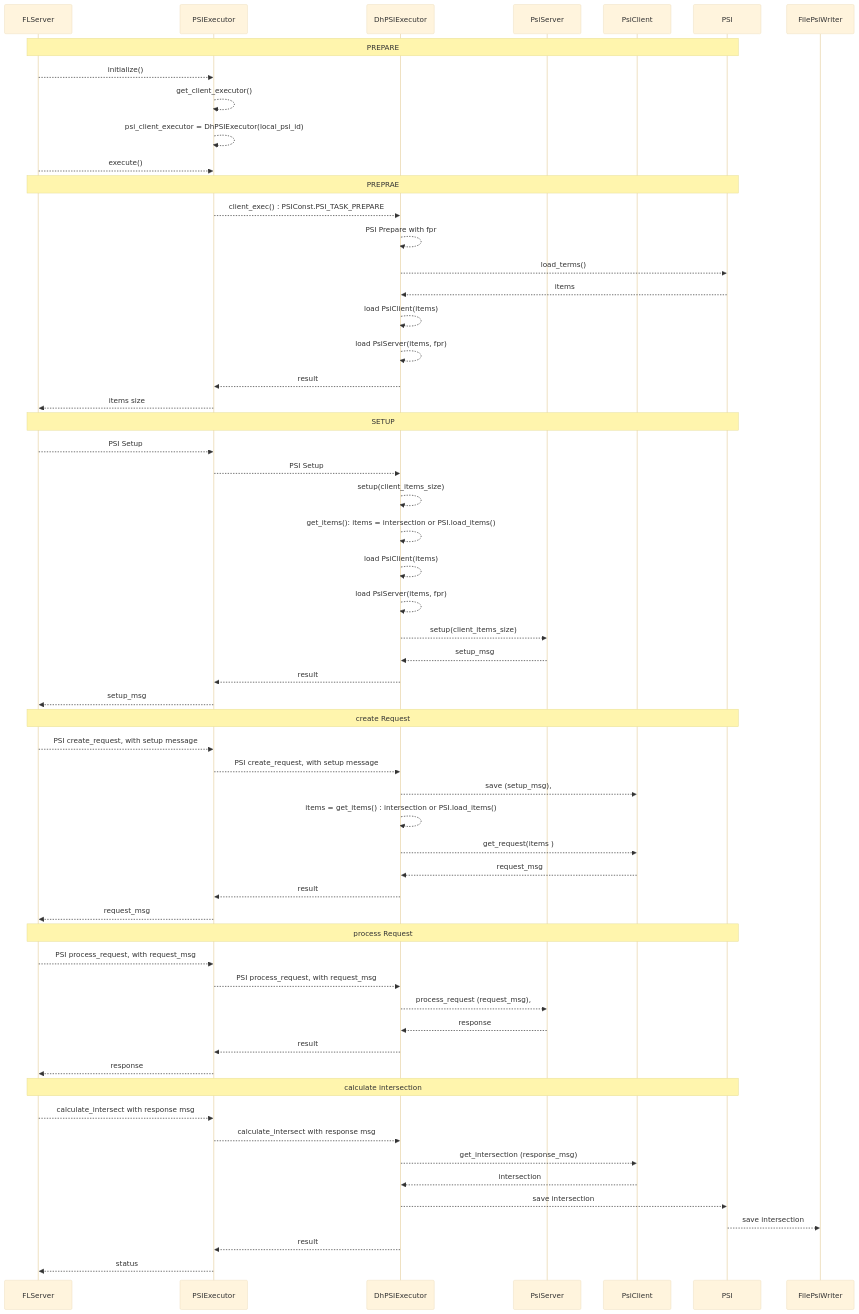
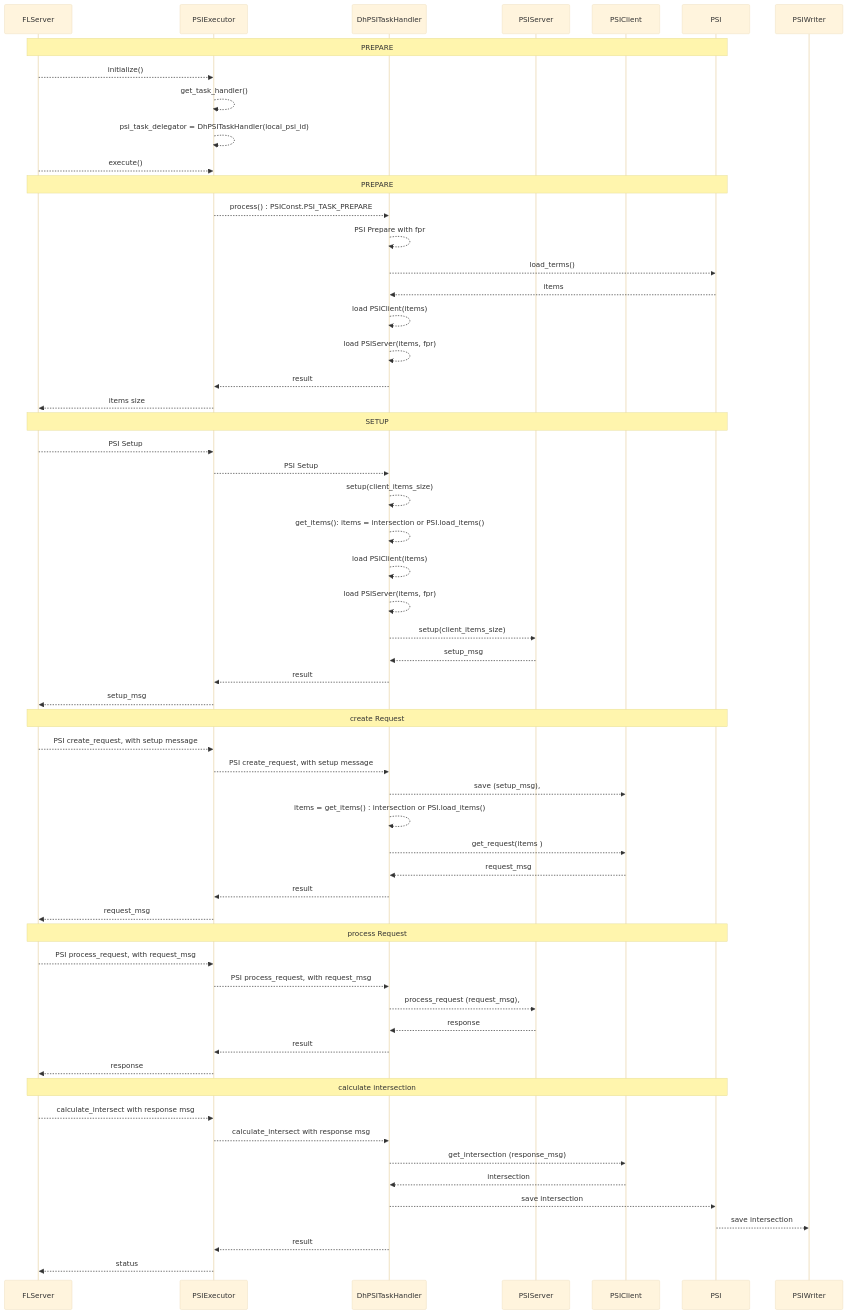
Before and after one commit to NVIDIA/NVFlare: the second of 2 diagrams in nvflare/app_common/psi/README.md, drawn with Mermaid (base theme). The commit also changed other lines of this file and 34 other files, not shown here.

````diff
--- a/nvflare/app_common/psi/README.md
+++ b/nvflare/app_common/psi/README.md
@@ -77,69 +77,69 @@
 ```mermaid
  
 sequenceDiagram
 
     participant FLServer
     participant PSIExecutor
-    participant DhPSIExecutor
-    participant PsiServer
-    participant PsiClient
+    participant DhPSITaskHandler
+    participant PSIServer
+    participant PSIClient
     participant PSI
-    participant FilePsiWriter
+    participant PSIWriter
     
     Note over FLServer, PSI : PREPARE 
-    FLServer -->>PSIExecutor: initialize()
-    PSIExecutor -->> PSIExecutor: get_client_executor()
-    PSIExecutor -->> PSIExecutor: psi_client_executor = DhPSIExecutor(local_psi_id)
+    FLServer -->> PSIExecutor: initialize()
+    PSIExecutor -->> PSIExecutor: get_task_handler()
+    PSIExecutor -->> PSIExecutor: psi_task_delegator = DhPSITaskHandler(local_psi_id)
     FLServer -->> PSIExecutor: execute()
         
-    Note over FLServer, PSI : PREPRAE
-    PSIExecutor -->> DhPSIExecutor: client_exec() : PSIConst.PSI_TASK_PREPARE
-    DhPSIExecutor -->> DhPSIExecutor : PSI Prepare with fpr
-    DhPSIExecutor -->> PSI : load_terms()
-    PSI -->> DhPSIExecutor: items
-    DhPSIExecutor -->> DhPSIExecutor: load PsiClient(items)
-    DhPSIExecutor -->> DhPSIExecutor: load PsiServer(items, fpr)
-    DhPSIExecutor -->> PSIExecutor: result
+    Note over FLServer, PSI : PREPARE
+    PSIExecutor -->> DhPSITaskHandler: process() : PSIConst.PSI_TASK_PREPARE
+    DhPSITaskHandler -->> DhPSITaskHandler : PSI Prepare with fpr
+    DhPSITaskHandler -->> PSI : load_terms()
+    PSI -->> DhPSITaskHandler: items
+    DhPSITaskHandler -->> DhPSITaskHandler: load PSIClient(items)
+    DhPSITaskHandler -->> DhPSITaskHandler: load PSIServer(items, fpr)
+    DhPSITaskHandler -->> PSIExecutor: result
     PSIExecutor -->> FLServer : items size
     
     Note over FLServer, PSI : SETUP
     FLServer -->> PSIExecutor : PSI Setup
-    PSIExecutor -->> DhPSIExecutor:   PSI Setup
-    DhPSIExecutor -->> DhPSIExecutor: setup(client_items_size)
-    DhPSIExecutor -->> DhPSIExecutor : get_items(): items = intersection or PSI.load_items() 
-    DhPSIExecutor -->> DhPSIExecutor: load PsiClient(items)
-    DhPSIExecutor -->> DhPSIExecutor: load PsiServer(items, fpr)
-    DhPSIExecutor -->> PsiServer: setup(client_items_size)
-    PsiServer -->> DhPSIExecutor: setup_msg
-    DhPSIExecutor -->> PSIExecutor: result
+    PSIExecutor -->> DhPSITaskHandler:   PSI Setup
+    DhPSITaskHandler -->> DhPSITaskHandler: setup(client_items_size)
+    DhPSITaskHandler -->> DhPSITaskHandler : get_items(): items = intersection or PSI.load_items() 
+    DhPSITaskHandler -->> DhPSITaskHandler: load PSIClient(items)
+    DhPSITaskHandler -->> DhPSITaskHandler: load PSIServer(items, fpr)
+    DhPSITaskHandler -->> PSIServer: setup(client_items_size)
+    PSIServer -->> DhPSITaskHandler: setup_msg
+    DhPSITaskHandler -->> PSIExecutor: result
     PSIExecutor -->> FLServer: setup_msg
     
     Note over FLServer, PSI : create Request
     FLServer -->> PSIExecutor :  PSI create_request, with setup message
-    PSIExecutor -->> DhPSIExecutor:  PSI create_request, with setup message
-    DhPSIExecutor -->> PsiClient: save (setup_msg), 
-    DhPSIExecutor -->> DhPSIExecutor : items = get_items() : intersection or PSI.load_items()
-    DhPSIExecutor -->> PsiClient : get_request(items )
-    PsiClient -->> DhPSIExecutor : request_msg
-    DhPSIExecutor -->> PSIExecutor: result
+    PSIExecutor -->> DhPSITaskHandler:  PSI create_request, with setup message
+    DhPSITaskHandler -->> PSIClient: save (setup_msg), 
+    DhPSITaskHandler -->> DhPSITaskHandler : items = get_items() : intersection or PSI.load_items()
+    DhPSITaskHandler -->> PSIClient : get_request(items )
+    PSIClient -->> DhPSITaskHandler : request_msg
+    DhPSITaskHandler -->> PSIExecutor: result
     PSIExecutor -->> FLServer:request_msg
  
     Note over FLServer, PSI : process Request
     FLServer -->> PSIExecutor : PSI process_request, with request_msg
-    PSIExecutor -->> DhPSIExecutor : PSI process_request, with request_msg
-    DhPSIExecutor -->> PsiServer: process_request (request_msg), 
-    PsiServer -->> DhPSIExecutor : response
-    DhPSIExecutor -->> PSIExecutor: result
+    PSIExecutor -->> DhPSITaskHandler : PSI process_request, with request_msg
+    DhPSITaskHandler -->> PSIServer: process_request (request_msg), 
+    PSIServer -->> DhPSITaskHandler : response
+    DhPSITaskHandler -->> PSIExecutor: result
     PSIExecutor -->> FLServer : response
  
     Note over FLServer, PSI : calculate intersection
     FLServer -->> PSIExecutor : calculate_intersect with response msg
-    PSIExecutor -->> DhPSIExecutor : calculate_intersect with response msg
-    DhPSIExecutor -->> PsiClient: get_intersection (response_msg) 
-    PsiClient -->> DhPSIExecutor : intersection
-    DhPSIExecutor -->> PSI : save intersection
-    PSI -->> FilePsiWriter : save intersection
-    DhPSIExecutor -->> PSIExecutor: result
+    PSIExecutor -->> DhPSITaskHandler : calculate_intersect with response msg
+    DhPSITaskHandler -->> PSIClient: get_intersection (response_msg) 
+    PSIClient -->> DhPSITaskHandler : intersection
+    DhPSITaskHandler -->> PSI : save intersection
+    PSI -->> PSIWriter : save intersection
+    DhPSITaskHandler -->> PSIExecutor: result
     PSIExecutor -->> FLServer : status
     
 ```
````
